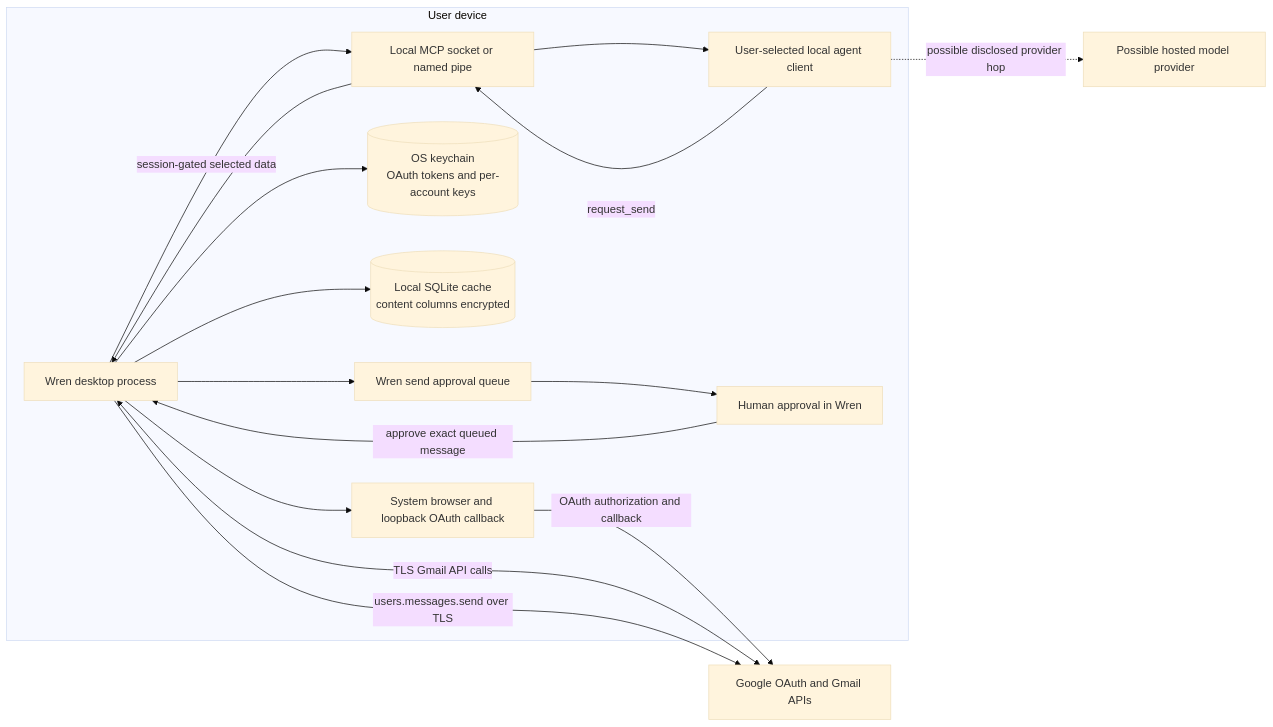
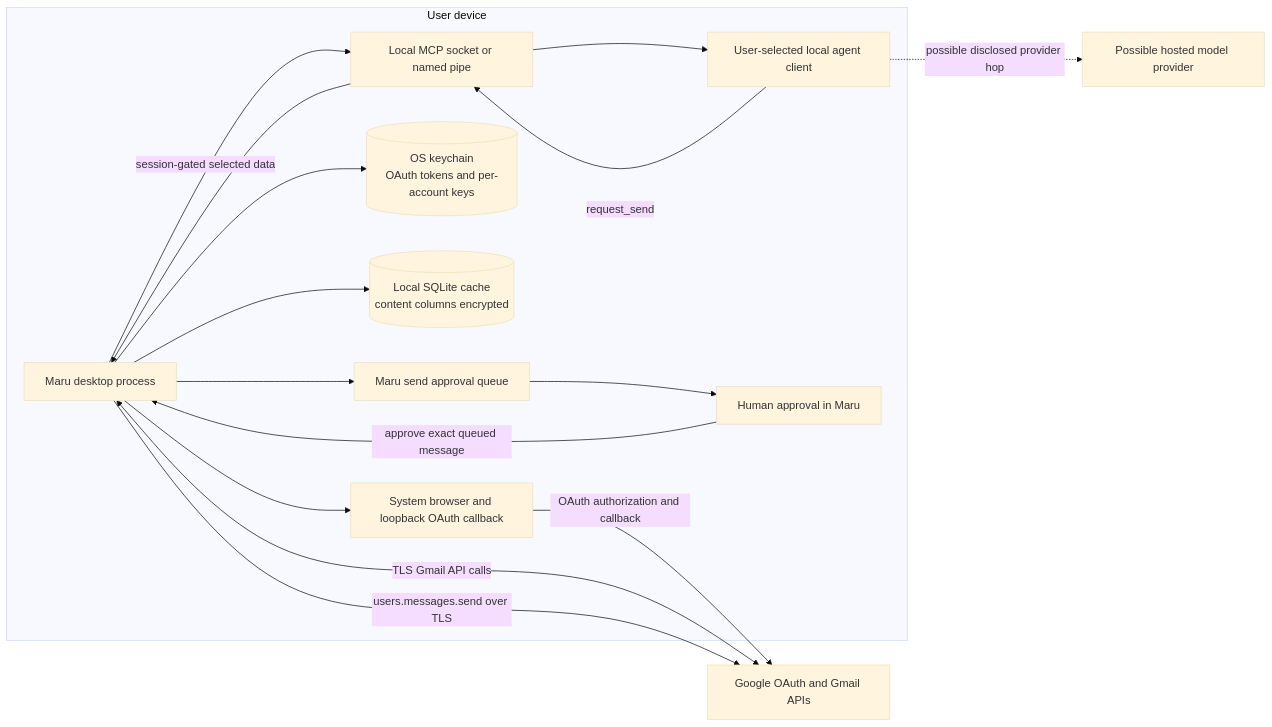
Before and after one commit to galangster/maru: the diagram in docs/security/google-oauth-data-flow.md, drawn with Mermaid (base theme). The commit also changed other lines of this file and 95 other files, not shown here.

First line of the commit message:
Rename Wren → Maru: every face, none of the state

````diff
--- a/docs/security/google-oauth-data-flow.md
+++ b/docs/security/google-oauth-data-flow.md
@@ -15,31 +15,31 @@
 ```mermaid
 flowchart LR
   Google[Google OAuth and Gmail APIs]
   Hosted[Possible hosted model provider]
 
   subgraph Device[User device]
     Browser[System browser and loopback OAuth callback]
-    Wren[Wren desktop process]
+    Maru[Maru desktop process]
     Keychain[(OS keychain\nOAuth tokens and per-account keys)]
     SQLite[(Local SQLite cache\ncontent columns encrypted)]
     Gateway[Local MCP socket or named pipe]
     Agent[User-selected local agent client]
-    Queue[Wren send approval queue]
-    Human[Human approval in Wren]
+    Queue[Maru send approval queue]
+    Human[Human approval in Maru]
   end
 
-  Wren --> Browser
+  Maru --> Browser
   Browser -->|OAuth authorization and callback| Google
-  Wren <-->|TLS Gmail API calls| Google
-  Wren --> Keychain
-  Wren --> SQLite
-  Wren -->|session-gated selected data| Gateway
+  Maru <-->|TLS Gmail API calls| Google
+  Maru --> Keychain
+  Maru --> SQLite
+  Maru -->|session-gated selected data| Gateway
   Gateway --> Agent
   Agent -.->|possible disclosed provider hop| Hosted
   Agent -->|request_send| Gateway
-  Gateway --> Wren
-  Wren --> Queue
+  Gateway --> Maru
+  Maru --> Queue
   Queue --> Human
-  Human -->|approve exact queued message| Wren
-  Wren -->|users.messages.send over TLS| Google
+  Human -->|approve exact queued message| Maru
+  Maru -->|users.messages.send over TLS| Google
 ```
````
